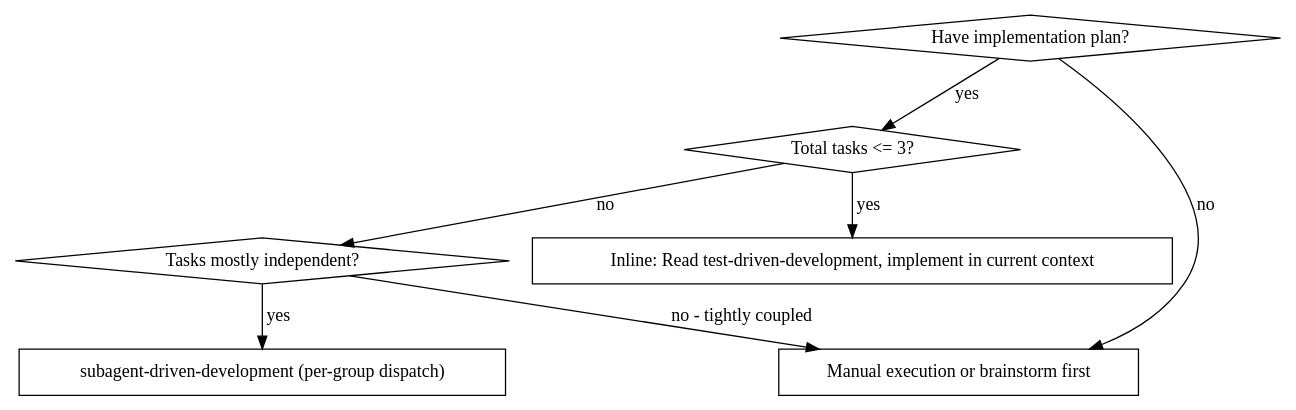
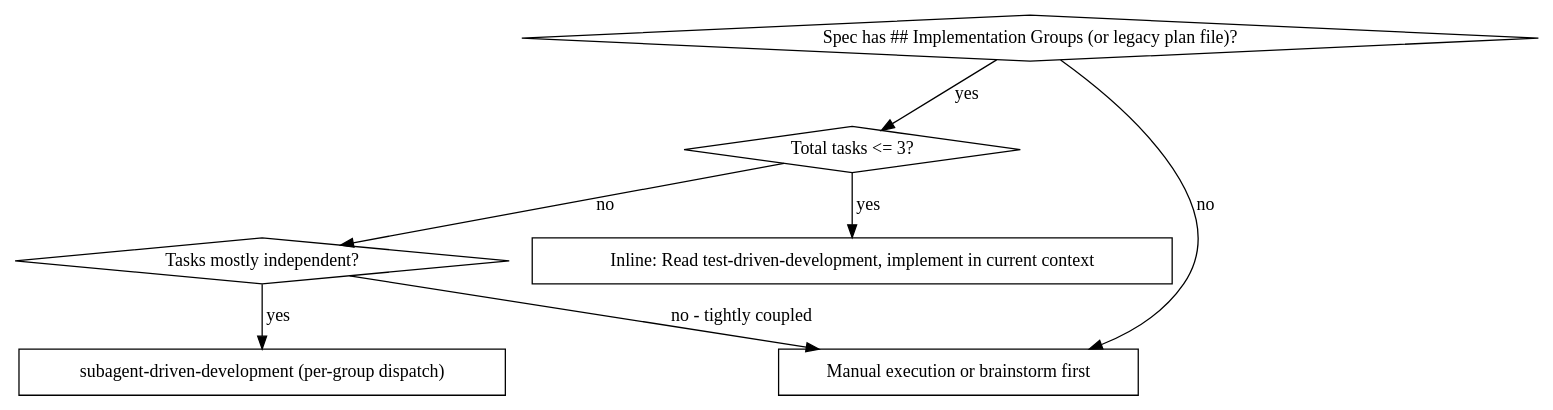
One commit to wonjinsin/harness-flow changed the first of 2 diagrams in skills/subagent-driven-development/SKILL.md. Above: the diagram before and after it, drawn with Graphviz. The commit also changed other lines of this file and 13 other files, not shown here.

First line of the commit message:
feat(sdd): demote plan document to execution state, release 1.2.0

````diff
--- a/skills/subagent-driven-development/SKILL.md
+++ b/skills/subagent-driven-development/SKILL.md
@@ -21,17 +21,17 @@
 ```dot
 digraph when_to_use {
-    "Have implementation plan?" [shape=diamond];
+    "Spec has ## Implementation Groups (or legacy plan file)?" [shape=diamond];
     "Total tasks <= 3?" [shape=diamond];
     "Tasks mostly independent?" [shape=diamond];
     "Inline: Read test-driven-development, implement in current context" [shape=box];
     "subagent-driven-development (per-group dispatch)" [shape=box];
     "Manual execution or brainstorm first" [shape=box];
 
-    "Have implementation plan?" -> "Total tasks <= 3?" [label="yes"];
-    "Have implementation plan?" -> "Manual execution or brainstorm first" [label="no"];
+    "Spec has ## Implementation Groups (or legacy plan file)?" -> "Total tasks <= 3?" [label="yes"];
+    "Spec has ## Implementation Groups (or legacy plan file)?" -> "Manual execution or brainstorm first" [label="no"];
     "Total tasks <= 3?" -> "Inline: Read test-driven-development, implement in current context" [label="yes"];
     "Total tasks <= 3?" -> "Tasks mostly independent?" [label="no"];
     "Tasks mostly independent?" -> "subagent-driven-development (per-group dispatch)" [label="yes"];
     "Tasks mostly independent?" -> "Manual execution or brainstorm first" [label="no - tightly coupled"];
 }
 ```
````
